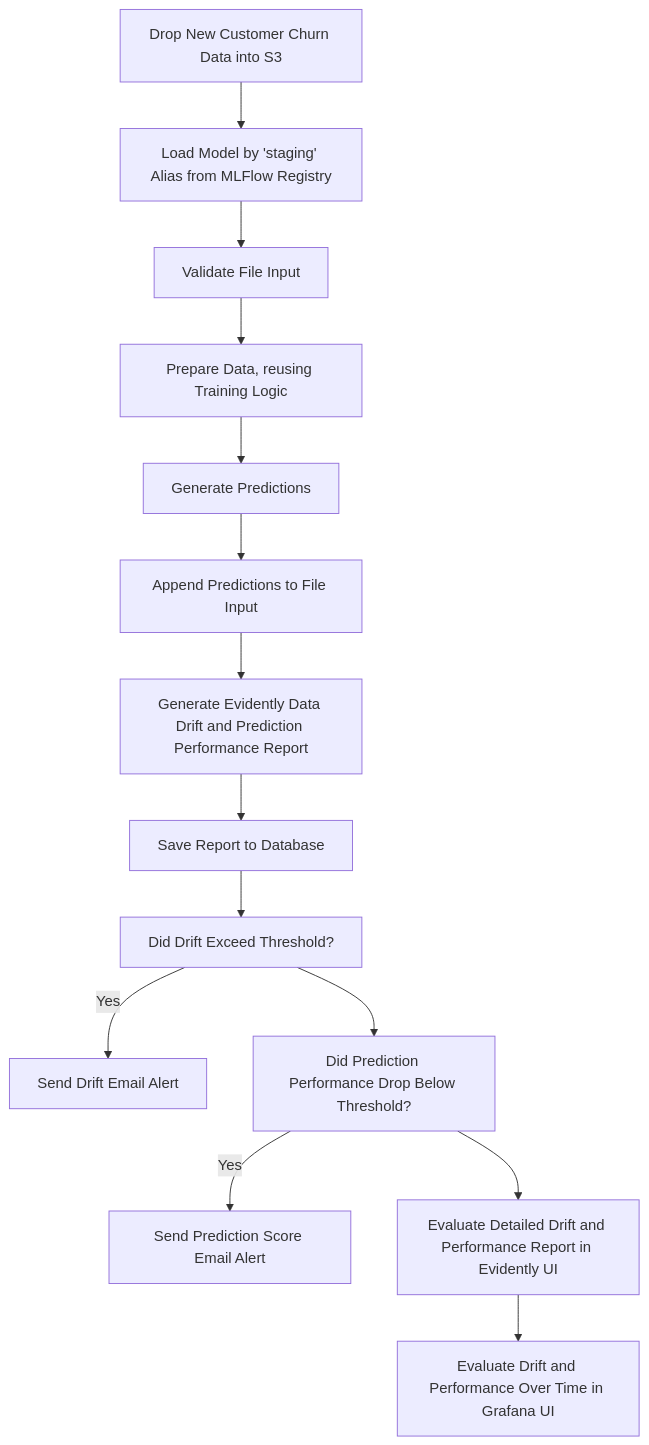
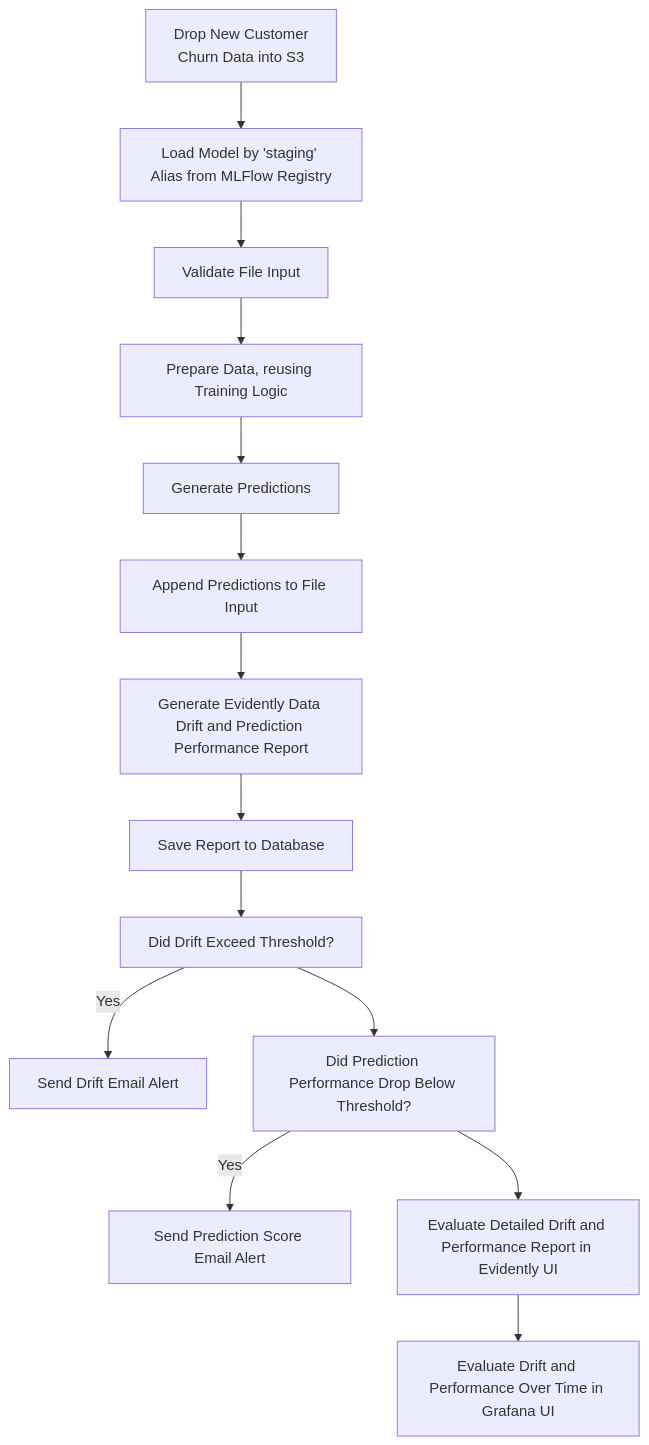
The second of 3 diagrams in README.md (paultongyoo/churn-model-evaluation-platform), drawn with Mermaid before and after one commit.

````diff
--- a/README.md
+++ b/README.md
@@ -81,20 +81,20 @@
 ```mermaid
 flowchart TD
-    A[Drop New Customer Churn Data into S3]
+    A[Drop New Customer<br/>Churn Data into S3]
     B[Load Model by 'staging' Alias from MLFlow Registry]
     C[Validate File Input]
     D[Prepare Data, reusing Training Logic]
     E[Generate Predictions]
     F[Append Predictions to File Input]
     G[Generate Evidently Data Drift and Prediction Performance Report]
     H[Save Report to Database]
     I[Did Drift Exceed Threshold?]
     J[Send Drift Email Alert]
     K[Did Prediction Performance Drop Below Threshold?]
     L[Send Prediction Score Email Alert]
     M[Evaluate Detailed Drift and Performance Report in Evidently UI]
     N[Evaluate Drift and Performance Over Time in Grafana UI]
     A-->B-->C-->D-->E-->F-->G-->H-->I-->K-->M-->N;
     I--> |Yes| J;
     K--> |Yes| L;
 ```
````
